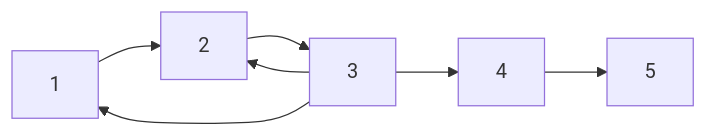
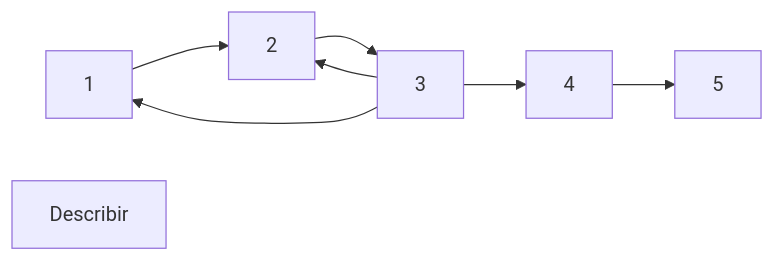
Before and after one commit to sramire3000/documentacion: the diagram in OpenCode/SpecDrivenDevelopment.md, drawn with Mermaid.

Commit message:
Add description node to Spec Driven Development diagram

````diff
--- a/OpenCode/SpecDrivenDevelopment.md
+++ b/OpenCode/SpecDrivenDevelopment.md
@@ -3,8 +3,9 @@
 ```mermaid
 graph LR;
+    Describir
     1--> 2
     2--> 3 
     3--> 1 & 2
     3--> 4
     4--> 5
 ```
````
